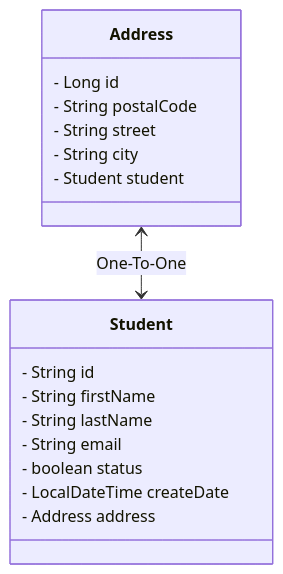
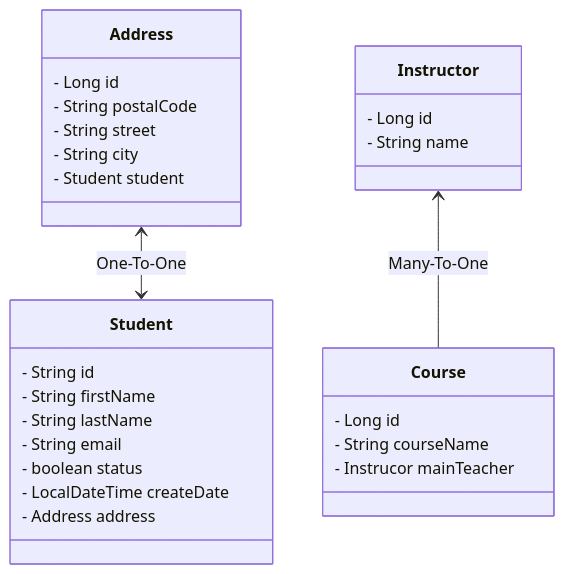
Before and after one commit to SimonElbrink/G58-jpa_lecture: the diagram in Class Diagram - Mermaid.md, drawn with Mermaid. The commit also changed 3 other files, not shown here.

Commit message:
Add `Instructor` and `Course` entities with `Many-To-One` relationship, update diagrams to reflect the changes

`````diff
--- a/Class Diagram - Mermaid.md
+++ b/Class Diagram - Mermaid.md
@@ -1,26 +1,41 @@
 ````mermaid
 
 classDiagram
     direction BT
+    
+    %% Entities
     
     class Student{
         - String id
         - String firstName
         - String lastName
         - String email
         - boolean status
         - LocalDateTime createDate
         - Address address
     }
     class Address {
         - Long id
         - String postalCode
         - String street
         - String city
         - Student student
     }
     
+    class Course{
+        - Long id
+        - String courseName
+        - Instrucor mainTeacher
+    }
+    
+    class Instructor{
+        - Long id
+        - String name
+    }
+    
+    
     %% Relationships
     Student <--> Address : One-To-One
+    Course  --> Instructor : Many-To-One
     
 ````
`````
